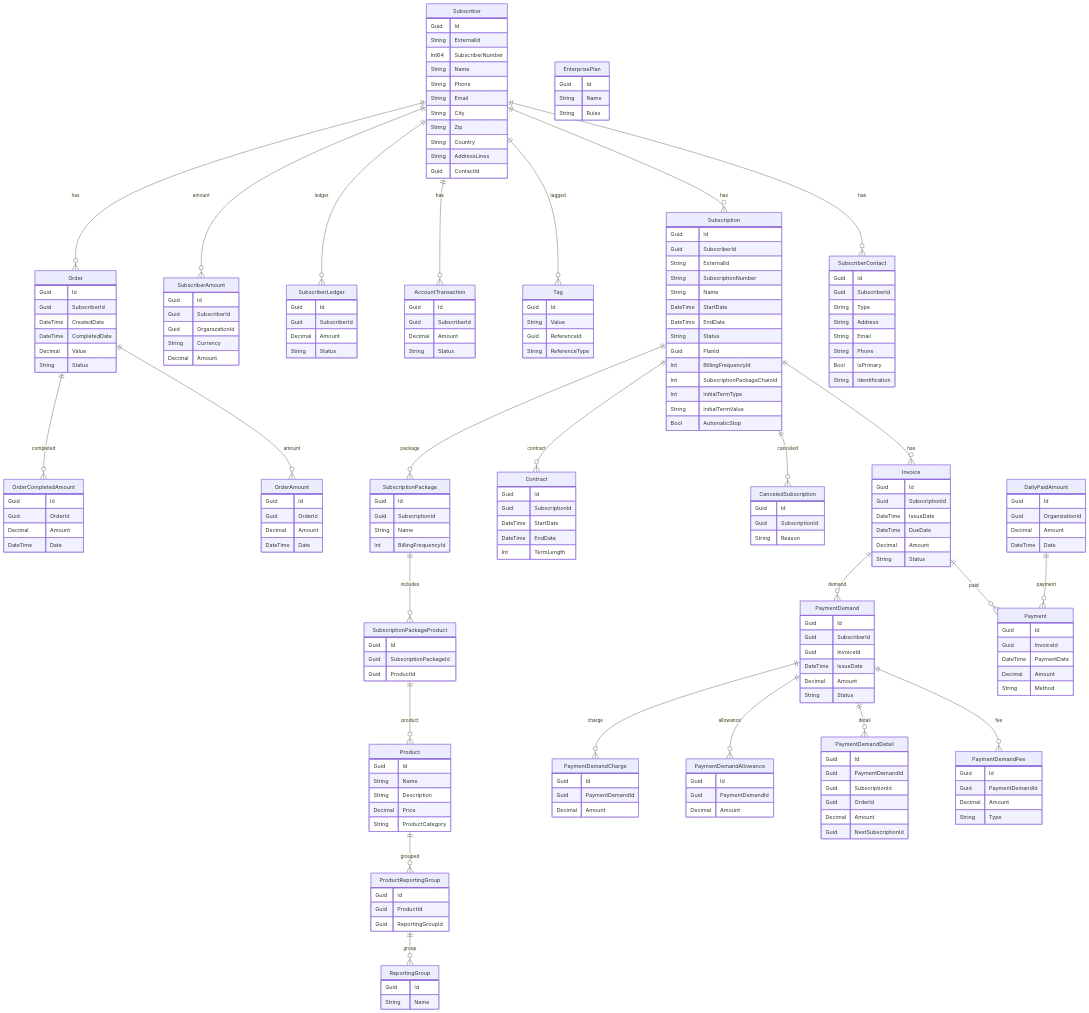
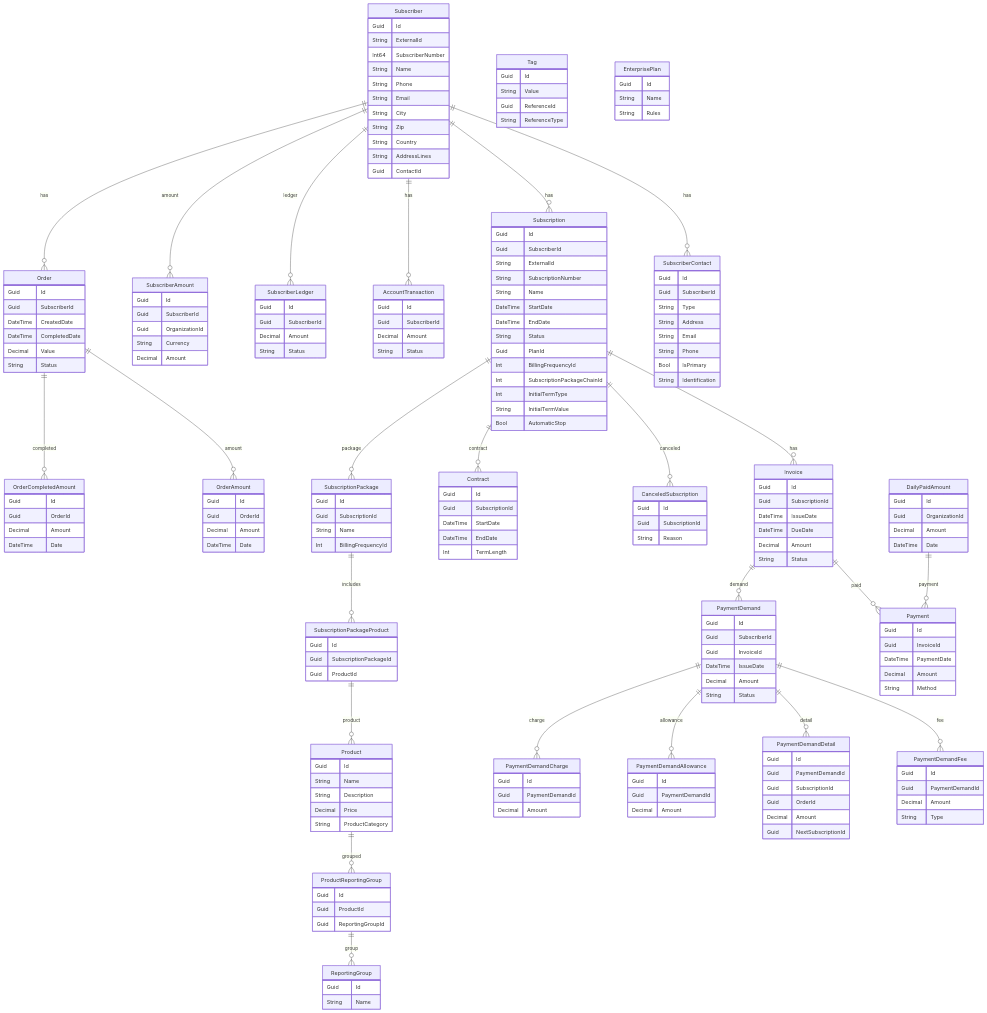
The diagram in source/reporting-analytics/datamodel-er.mmd (infosoftas/info-subscription-doc), drawn with Mermaid before and after one commit.

Commit message:
Added comments of polymorphic association in the diagram file.

```diff
--- a/source/reporting-analytics/datamodel-er.mmd
+++ b/source/reporting-analytics/datamodel-er.mmd
@@ -183,7 +183,10 @@
 
     Subscriber ||--o{ SubscriberContact : has
     Subscriber ||--o{ Subscription : has
-    Subscriber ||--o{ Tag : tagged
+%% Subscriber ||--o{ Tag : tagged
+    %% The Tag entity uses ReferenceId and ReferenceType for polymorphic relationships.
+    %% Tag can reference multiple entity types (e.g., Subscriber, Order, etc.) via ReferenceType.
+    %% This is a polymorphic association, not a direct relationship.
     Subscriber ||--o{ AccountTransaction : has
     Subscriber ||--o{ SubscriberLedger : ledger
     Subscriber ||--o{ SubscriberAmount : amount
```
